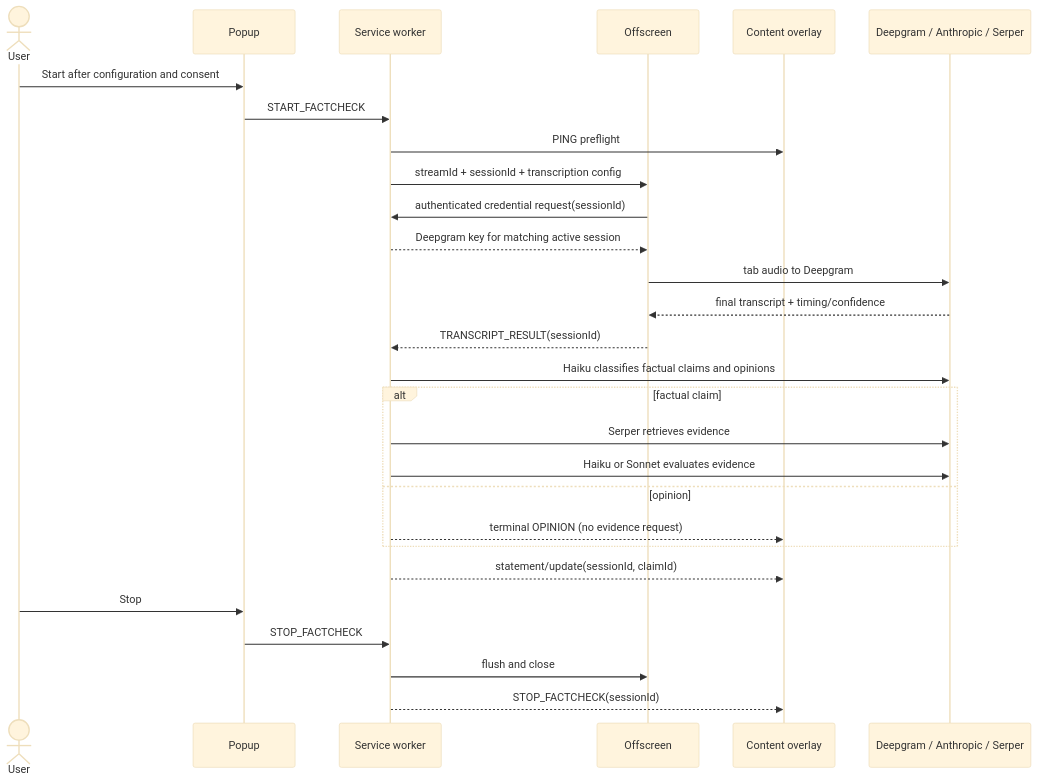
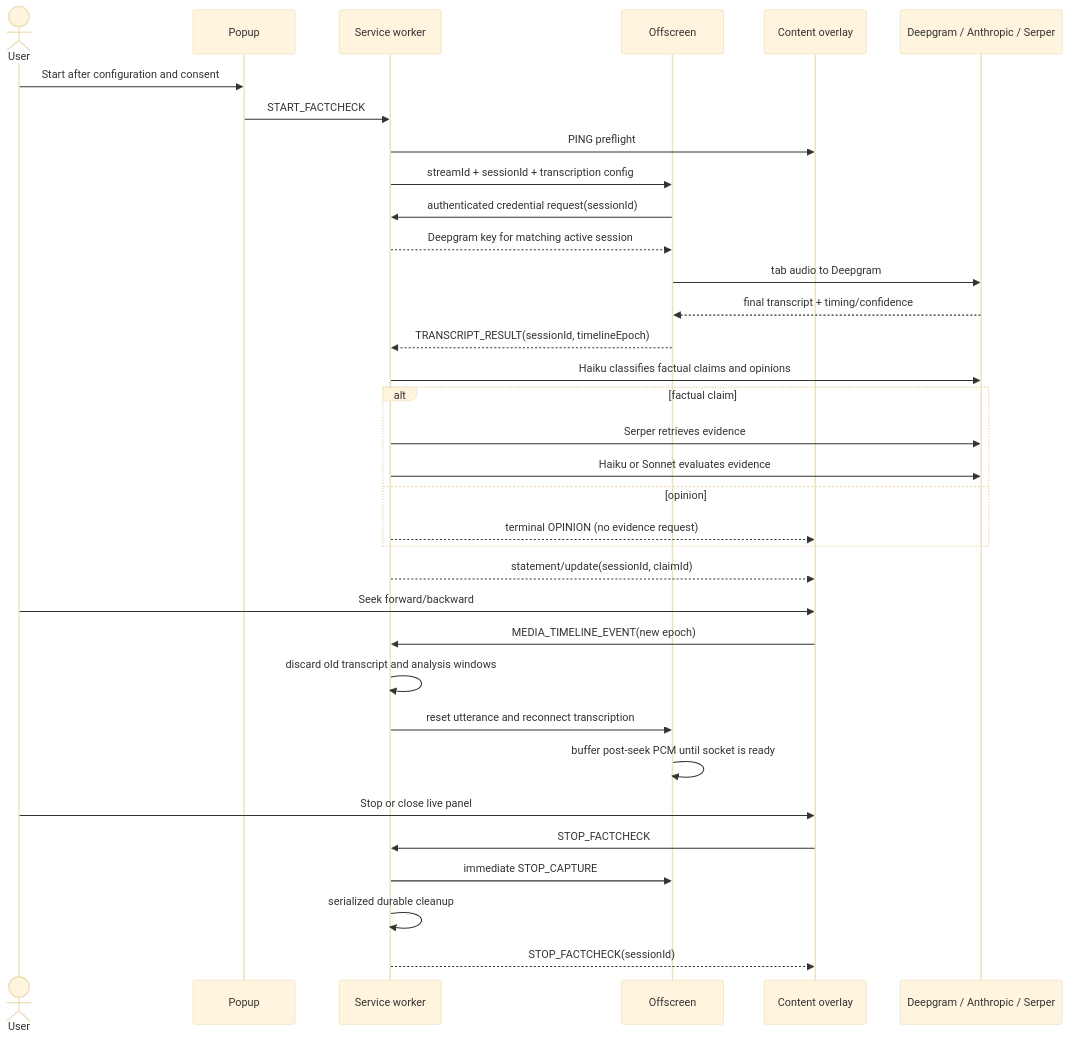
The second of 2 diagrams in docs/ARCHITECTURE.md (chrimatte/intruth-factcheck), drawn with Mermaid (base theme) before and after one commit. The commit also changed other lines of this file and 20 other files, not shown here.

Commit message:
fix: harden live analysis recovery and auditing

````diff
--- a/docs/ARCHITECTURE.md
+++ b/docs/ARCHITECTURE.md
@@ -5,31 +63,37 @@
 ```mermaid
 sequenceDiagram
   actor User
   participant Popup
   participant Worker as Service worker
   participant Offscreen
   participant Page as Content overlay
   participant Providers as Deepgram / Anthropic / Serper
 
   User->>Popup: Start after configuration and consent
   Popup->>Worker: START_FACTCHECK
   Worker->>Page: PING preflight
   Worker->>Offscreen: streamId + sessionId + transcription config
   Offscreen->>Worker: authenticated credential request(sessionId)
   Worker-->>Offscreen: Deepgram key for matching active session
   Offscreen->>Providers: tab audio to Deepgram
   Providers-->>Offscreen: final transcript + timing/confidence
-  Offscreen-->>Worker: TRANSCRIPT_RESULT(sessionId)
+  Offscreen-->>Worker: TRANSCRIPT_RESULT(sessionId, timelineEpoch)
   Worker->>Providers: Haiku classifies factual claims and opinions
   alt factual claim
     Worker->>Providers: Serper retrieves evidence
     Worker->>Providers: Haiku or Sonnet evaluates evidence
   else opinion
     Worker-->>Page: terminal OPINION (no evidence request)
   end
   Worker-->>Page: statement/update(sessionId, claimId)
-  User->>Popup: Stop
-  Popup->>Worker: STOP_FACTCHECK
-  Worker->>Offscreen: flush and close
+  User->>Page: Seek forward/backward
+  Page->>Worker: MEDIA_TIMELINE_EVENT(new epoch)
+  Worker->>Worker: discard old transcript and analysis windows
+  Worker->>Offscreen: reset utterance and reconnect transcription
+  Offscreen->>Offscreen: buffer post-seek PCM until socket is ready
+  User->>Page: Stop or close live panel
+  Page->>Worker: STOP_FACTCHECK
+  Worker->>Offscreen: immediate STOP_CAPTURE
+  Worker->>Worker: serialized durable cleanup
   Worker-->>Page: STOP_FACTCHECK(sessionId)
 ```
````
